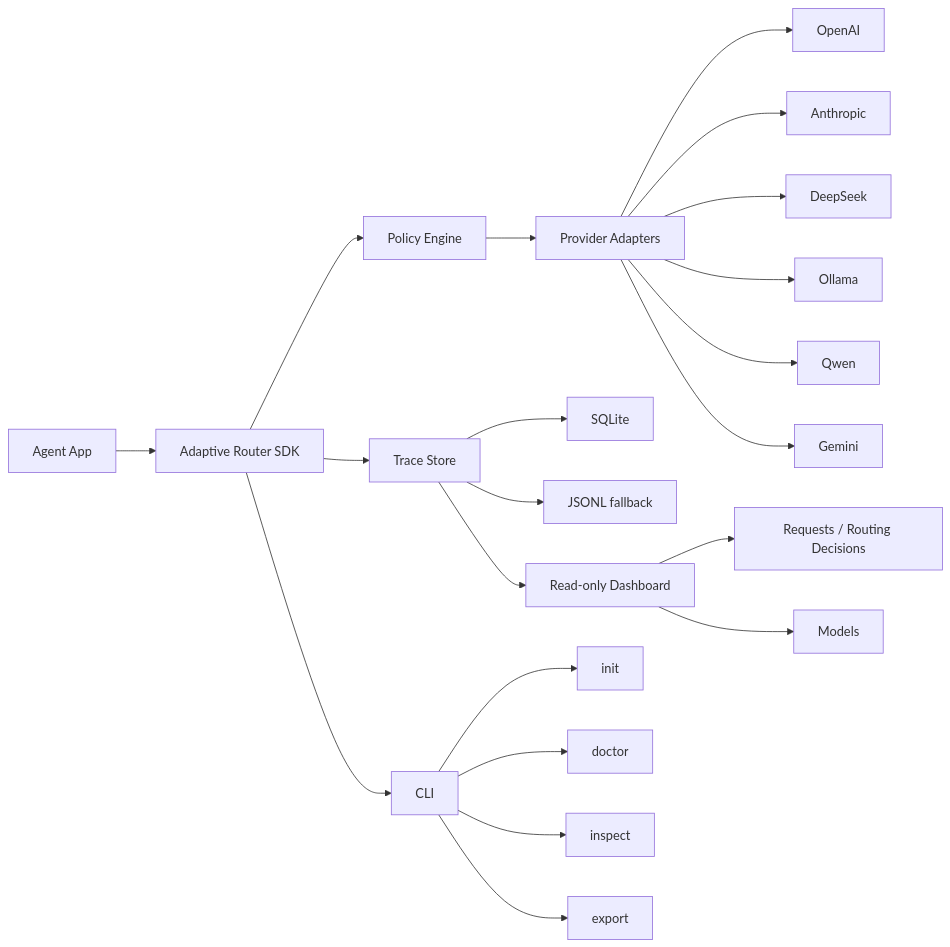
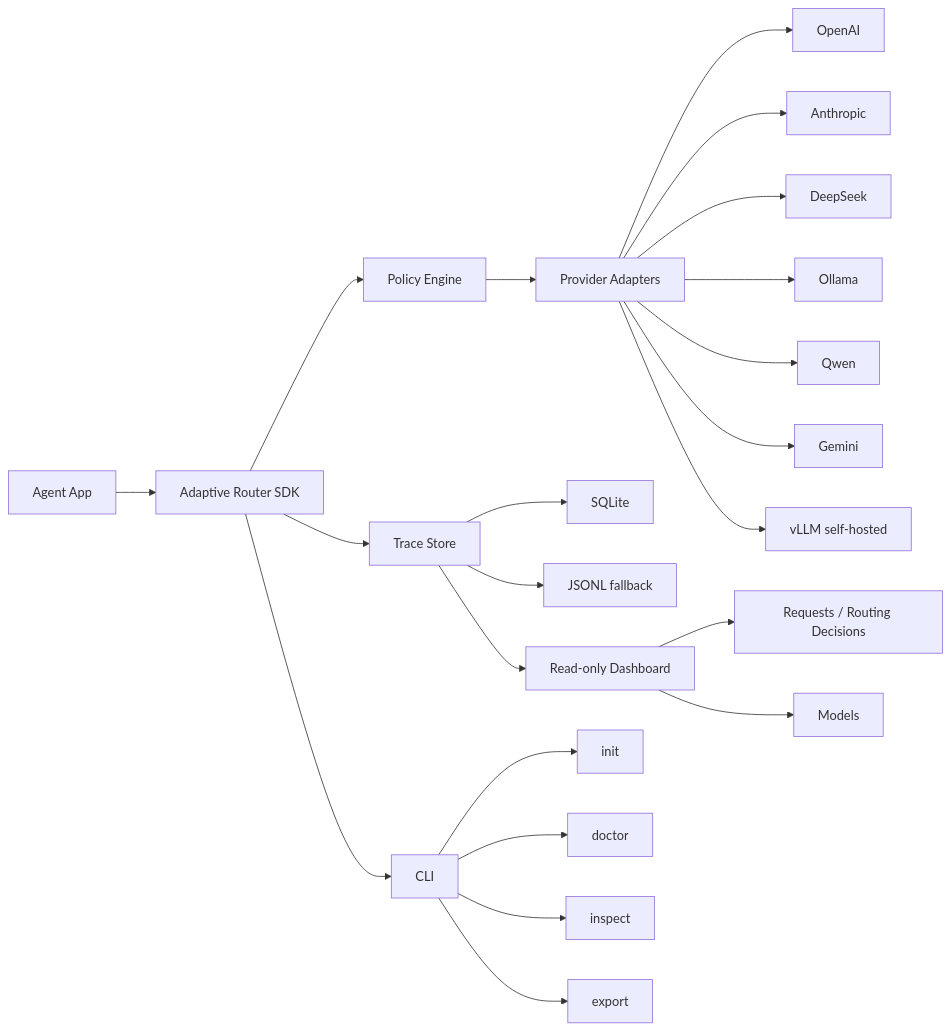
The diagram in README.md (guangyang1206/adaptive-model-router), drawn with Mermaid before and after one commit. The commit also changed other lines of this file and 3 other files, not shown here.

First line of the commit message:
feat(sdk): add self-hosted vLLM provider (#4)

````diff
--- a/README.md
+++ b/README.md
@@ -107,23 +114,24 @@
 ```mermaid
 flowchart LR
   A[Agent App] --> B[Adaptive Router SDK]
   B --> C[Policy Engine]
   C --> D[Provider Adapters]
   D --> D1[OpenAI]
   D --> D2[Anthropic]
   D --> D3[DeepSeek]
   D --> D4[Ollama]
   D --> D5[Qwen]
   D --> D6[Gemini]
+  D --> D7[vLLM self-hosted]
   B --> E[Trace Store]
   E --> E1[SQLite]
   E --> E2[JSONL fallback]
   E --> F[Read-only Dashboard]
   F --> F1[Requests / Routing Decisions]
   F --> F2[Models]
   B --> G[CLI]
   G --> G1[init]
   G --> G2[doctor]
   G --> G3[inspect]
   G --> G4[export]
 ```
````
